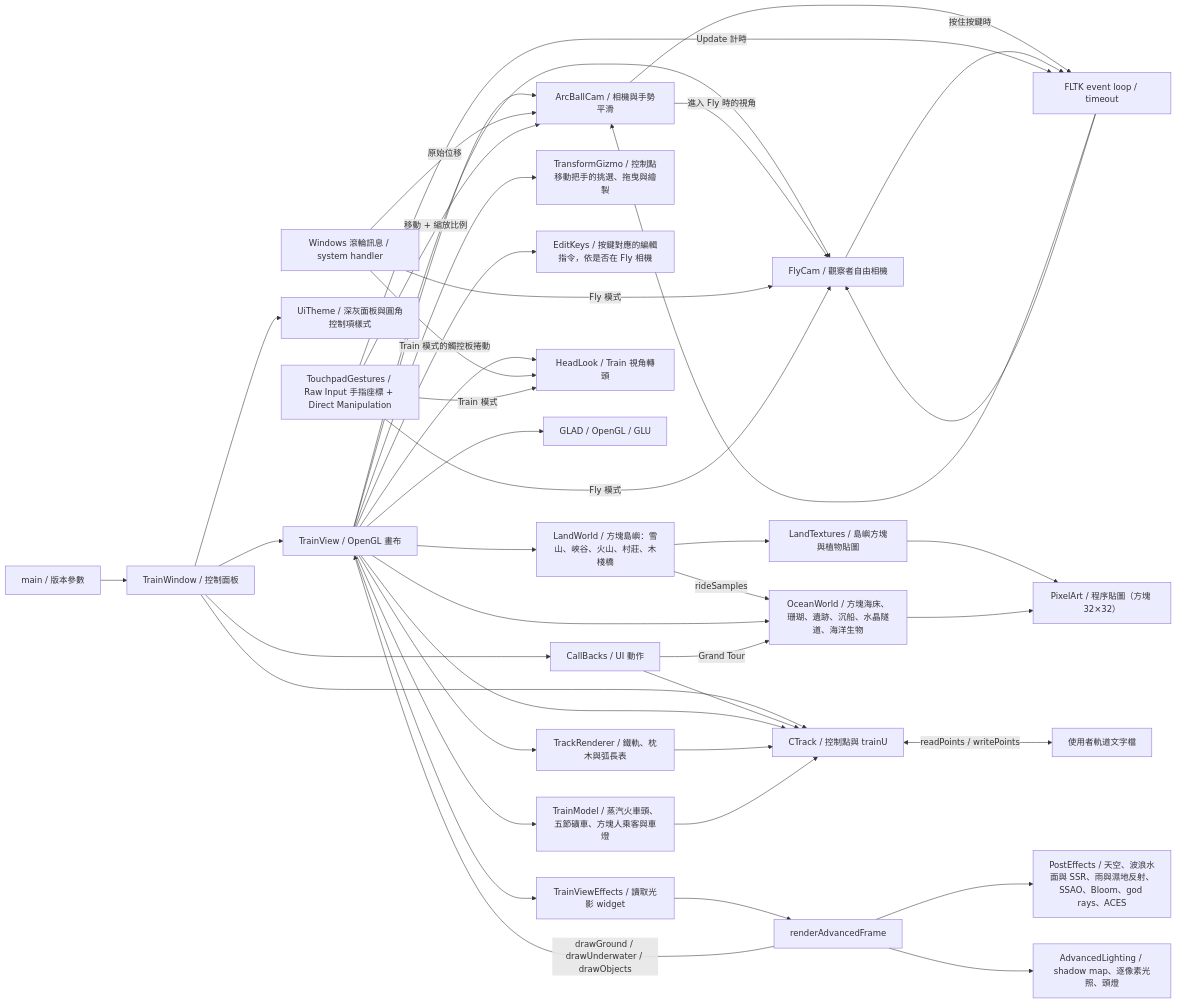
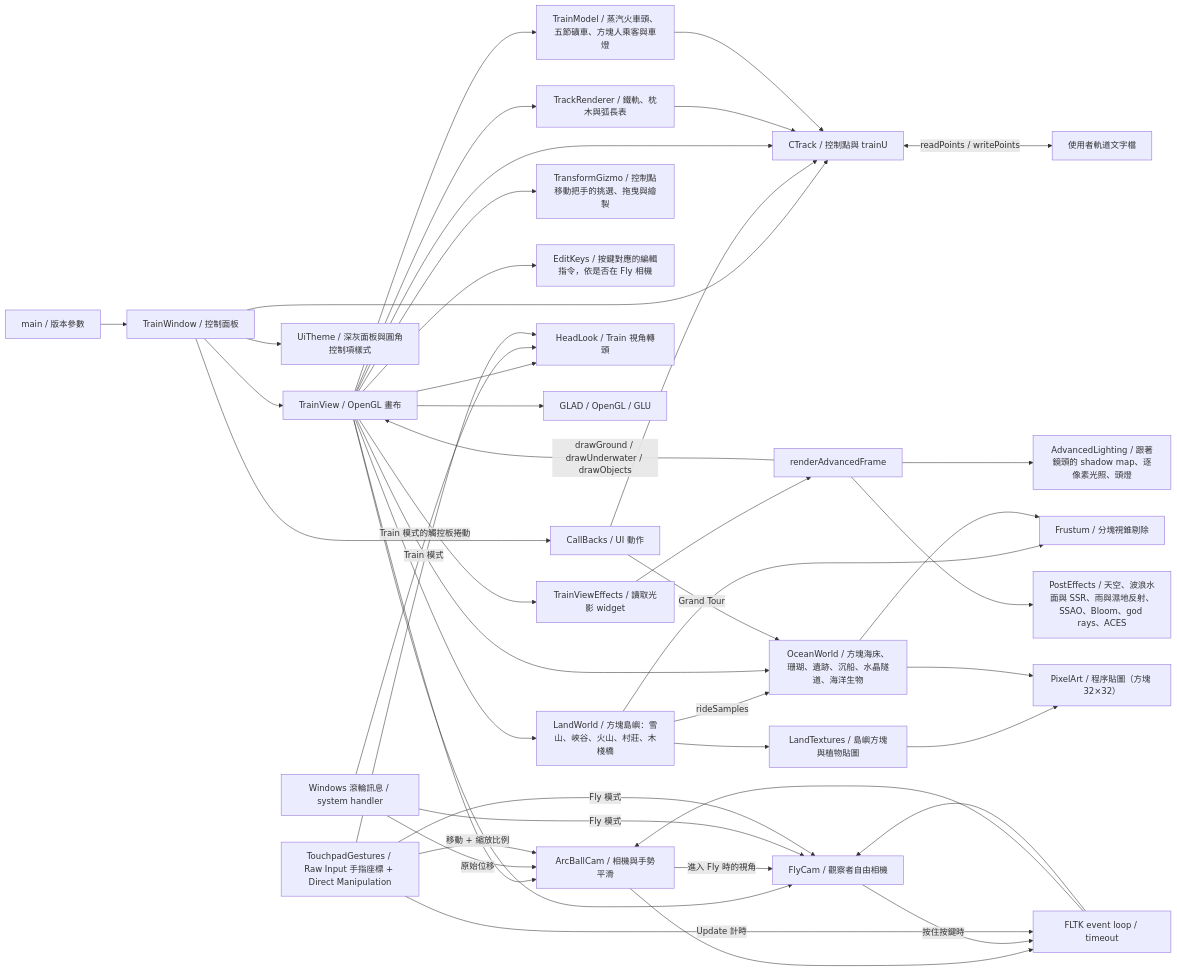
Before and after one commit to wj6wj6/RollerCoasters: the diagram in docs/architecture.md, drawn with Mermaid. The commit also changed other lines of this file and 13 other files, not shown here.

````diff
--- a/docs/architecture.md
+++ b/docs/architecture.md
@@ -3,45 +3,47 @@
 ```mermaid
 flowchart LR
     Main[main / 版本參數] --> Window[TrainWindow / 控制面板]
     Window --> View[TrainView / OpenGL 畫布]
     Window --> Track[CTrack / 控制點與 trainU]
     Window --> Theme[UiTheme / 深灰面板與圓角控制項樣式]
     Window --> Callbacks[CallBacks / UI 動作]
     Callbacks --> Track
     View --> Track
     View --> Rails[TrackRenderer / 鐵軌、枕木與弧長表]
     Rails --> Track
     View --> Train[TrainModel / 蒸汽火車頭、五節礦車、方塊人乘客與車燈]
     Train --> Track
     View --> Gizmo[TransformGizmo / 控制點移動把手的挑選、拖曳與繪製]
     View --> Keys[EditKeys / 按鍵對應的編輯指令，依是否在 Fly 相機]
     View --> Camera[ArcBallCam / 相機與手勢平滑]
     View --> Fly[FlyCam / 觀察者自由相機]
     View --> Head[HeadLook / Train 視角轉頭]
     Camera -->|進入 Fly 時的視角| Fly
     Camera --> Timer[FLTK event loop / timeout]
     Timer --> Camera
     Fly -->|按住按鍵時| Timer
     Timer --> Fly
     Wheel[Windows 滾輪訊息 / system handler] -->|原始位移| Camera
     Wheel -->|Fly 模式| Fly
     Touchpad[TouchpadGestures / Raw Input 手指座標 + Direct Manipulation] -->|移動 + 縮放比例| Camera
     Touchpad -->|Fly 模式| Fly
     Wheel -->|Train 模式的觸控板捲動| Head
     Touchpad -->|Train 模式| Head
     Touchpad -->|Update 計時| Timer
     Track <-->|readPoints / writePoints| File[使用者軌道文字檔]
     View --> GL[GLAD / OpenGL / GLU]
     View --> Effects[TrainViewEffects / 讀取光影 widget]
     Effects --> Frame[renderAdvancedFrame]
-    Frame --> Lighting[AdvancedLighting / shadow map、逐像素光照、頭燈]
+    Frame --> Lighting[AdvancedLighting / 跟著鏡頭的 shadow map、逐像素光照、頭燈]
+    Land --> Cull[Frustum / 分塊視錐剔除]
+    Ocean --> Cull
     Frame --> Post[PostEffects / 天空、波浪水面與 SSR、雨與濕地反射、SSAO、Bloom、god rays、ACES]
     Frame -->|drawGround / drawUnderwater / drawObjects| View
     View --> Land[LandWorld / 方塊島嶼：雪山、峽谷、火山、村莊、木棧橋]
     Land --> LandTex[LandTextures / 島嶼方塊與植物貼圖]
     Land -->|rideSamples| Ocean
     View --> Ocean[OceanWorld / 方塊海床、珊瑚、遺跡、沉船、水晶隧道、海洋生物]
     LandTex --> Pixel[PixelArt / 程序貼圖（方塊 32×32）]
     Ocean --> Pixel
     Callbacks -->|Grand Tour| Ocean
 ```
````
